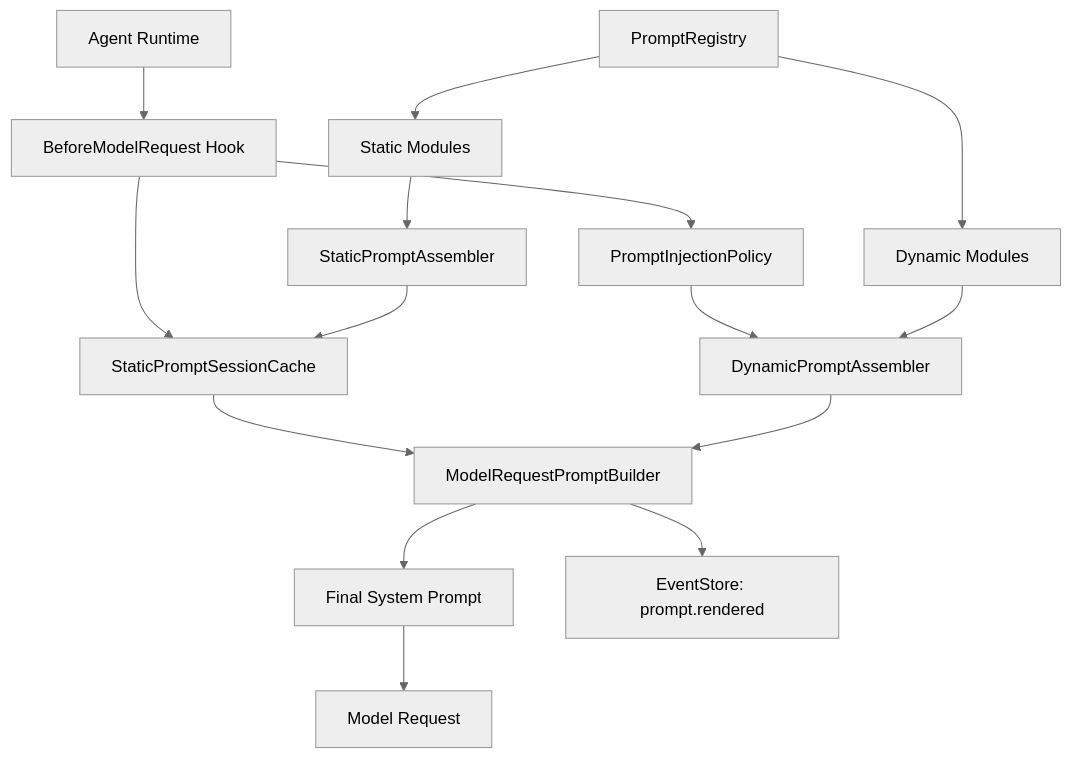
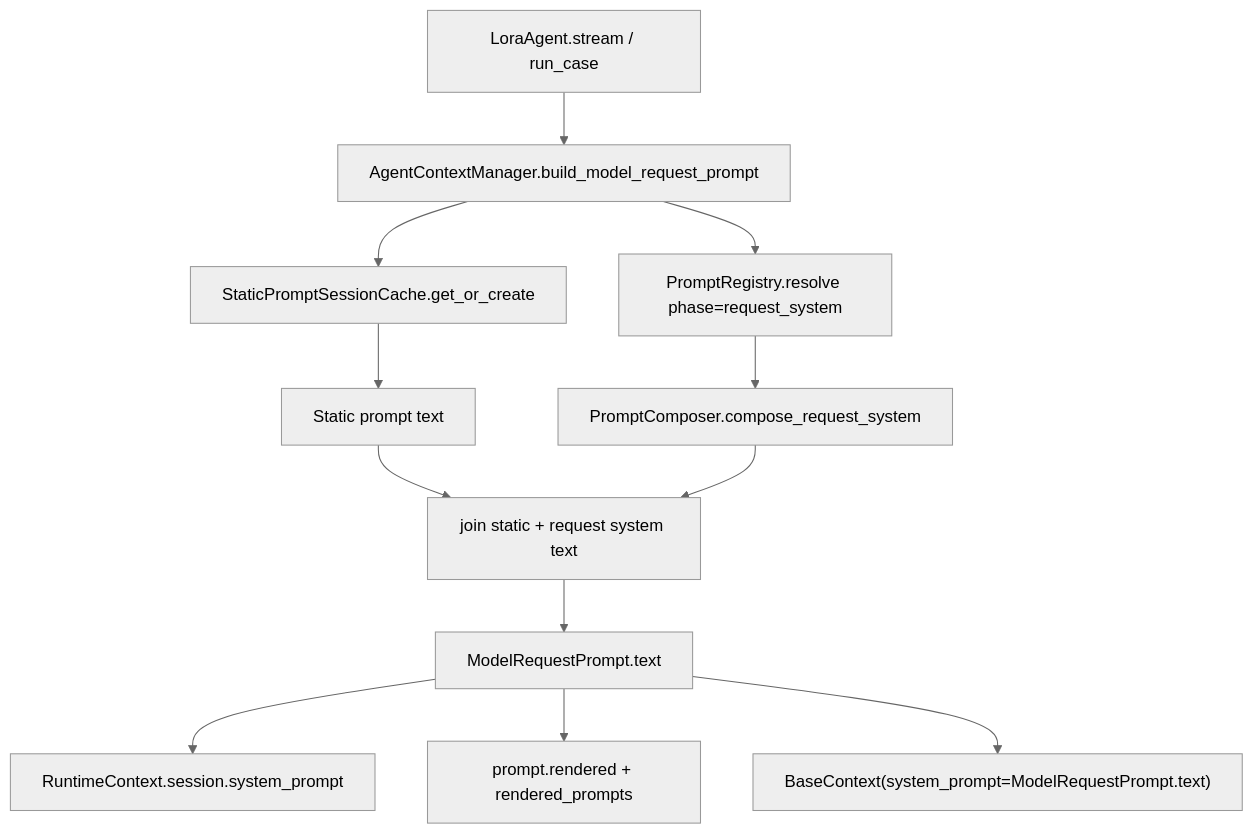
One commit to pygent-ai/lora changed the diagram in doc_design/agent_design/prompt-composition-architecture-design.md. Above: the diagram before and after it, drawn with Mermaid (neutral theme). The commit also changed other lines of this file and 38 other files, not shown here.

````diff
--- a/doc_design/agent_design/prompt-composition-architecture-design.md
+++ b/doc_design/agent_design/prompt-composition-architecture-design.md
@@ -108,22 +89,14 @@
 ```mermaid
 flowchart TB
-  Runtime["Agent Runtime"] --> RequestHook["BeforeModelRequest Hook"]
-  RequestHook --> SessionCache["StaticPromptSessionCache"]
-  RequestHook --> Policy["PromptInjectionPolicy"]
-
-  Registry["PromptRegistry"] --> StaticModules["Static Modules"]
-  Registry --> DynamicModules["Dynamic Modules"]
-
-  StaticModules --> StaticAssembler["StaticPromptAssembler"]
-  StaticAssembler --> SessionCache
-
-  Policy --> DynamicAssembler["DynamicPromptAssembler"]
-  DynamicModules --> DynamicAssembler
-
-  SessionCache --> RequestBuilder["ModelRequestPromptBuilder"]
-  DynamicAssembler --> RequestBuilder
-  RequestBuilder --> FinalPrompt["Final System Prompt"]
-  FinalPrompt --> LLM["Model Request"]
-
-  RequestBuilder --> EventStore["EventStore: prompt.rendered"]
+  Runtime["LoraAgent.stream / run_case"] --> Builder["AgentContextManager.build_model_request_prompt"]
+  Builder --> Cache["StaticPromptSessionCache.get_or_create"]
+  Builder --> Registry["PromptRegistry.resolve phase=request_system"]
+  Cache --> StaticText["Static prompt text"]
+  Registry --> Composer["PromptComposer.compose_request_system"]
+  StaticText --> Join["join static + request system text"]
+  Composer --> Join
+  Join --> ModelPrompt["ModelRequestPrompt.text"]
+  ModelPrompt --> Session["RuntimeContext.session.system_prompt"]
+  ModelPrompt --> Store["prompt.rendered + rendered_prompts"]
+  ModelPrompt --> LLM["BaseContext(system_prompt=ModelRequestPrompt.text)"]
 ```
````
